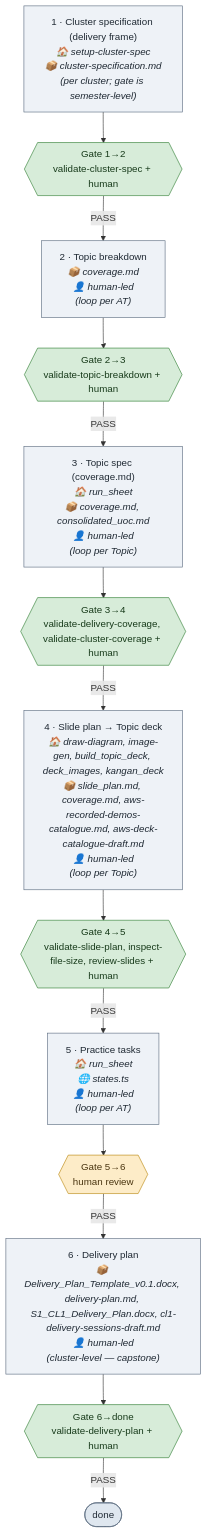
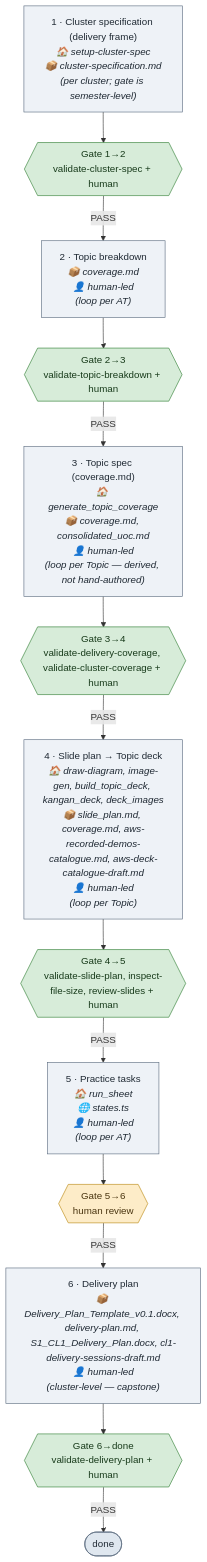
The diagram in docs/process-maps/delivery.md (Digital-Initiatives-Kangan-Institute/diploma-cloud-cyber-umbrella), drawn with Mermaid before and after one commit. The commit also changed other lines of this file and 25 other files, not shown here.

````diff
--- a/docs/process-maps/delivery.md
+++ b/docs/process-maps/delivery.md
@@ -9,33 +9,33 @@
 ```mermaid
 flowchart TD
   S1["1 · Cluster specification (delivery frame)<br/><i>🏠 setup-cluster-spec</i><br/><i>📦 cluster-specification.md</i><br/><i>(per cluster; gate is semester-level)</i>"]:::step
   S2["2 · Topic breakdown<br/><i>📦 coverage.md</i><br/><i>👤 human-led</i><br/><i>(loop per AT)</i>"]:::step
-  S3["3 · Topic spec (coverage.md)<br/><i>🏠 run_sheet</i><br/><i>📦 coverage.md, consolidated_uoc.md</i><br/><i>👤 human-led</i><br/><i>(loop per Topic)</i>"]:::step
-  S4["4 · Slide plan → Topic deck<br/><i>🏠 draw-diagram, image-gen, build_topic_deck, deck_images, kangan_deck</i><br/><i>📦 slide_plan.md, coverage.md, aws-recorded-demos-catalogue.md, aws-deck-catalogue-draft.md</i><br/><i>👤 human-led</i><br/><i>(loop per Topic)</i>"]:::step
+  S3["3 · Topic spec (coverage.md)<br/><i>🏠 generate_topic_coverage</i><br/><i>📦 coverage.md, consolidated_uoc.md</i><br/><i>👤 human-led</i><br/><i>(loop per Topic — derived, not hand-authored)</i>"]:::step
+  S4["4 · Slide plan → Topic deck<br/><i>🏠 draw-diagram, image-gen, build_topic_deck, kangan_deck, deck_images</i><br/><i>📦 slide_plan.md, coverage.md, aws-recorded-demos-catalogue.md, aws-deck-catalogue-draft.md</i><br/><i>👤 human-led</i><br/><i>(loop per Topic)</i>"]:::step
   S5["5 · Practice tasks<br/><i>🏠 run_sheet</i><br/><i>🌐 states.ts</i><br/><i>👤 human-led</i><br/><i>(loop per AT)</i>"]:::step
   S6["6 · Delivery plan<br/><i>📦 Delivery_Plan_Template_v0.1.docx, delivery-plan.md, S1_CL1_Delivery_Plan.docx, cl1-delivery-sessions-draft.md</i><br/><i>👤 human-led</i><br/><i>(cluster-level — capstone)</i>"]:::step
   G1_2{{"Gate 1→2<br/>validate-cluster-spec + human"}}:::built
   G2_3{{"Gate 2→3<br/>validate-topic-breakdown + human"}}:::built
   G3_4{{"Gate 3→4<br/>validate-delivery-coverage, validate-cluster-coverage + human"}}:::built
   G4_5{{"Gate 4→5<br/>validate-slide-plan, inspect-file-size, review-slides + human"}}:::built
   G5_6{{"Gate 5→6<br/>human review"}}:::human
   G6_done{{"Gate 6→done<br/>validate-delivery-plan + human"}}:::built
   DONE(["done"]):::done
   S1 --> G1_2
   G1_2 -->|PASS| S2
   S2 --> G2_3
   G2_3 -->|PASS| S3
   S3 --> G3_4
   G3_4 -->|PASS| S4
   S4 --> G4_5
   G4_5 -->|PASS| S5
   S5 --> G5_6
   G5_6 -->|PASS| S6
   S6 --> G6_done
   G6_done -->|PASS| DONE
   classDef step fill:#eef2f7,stroke:#5b6b7f,color:#1f2933;
   classDef built fill:#d7ecd9,stroke:#2e7d32,color:#173a1a;
   classDef human fill:#fdecc8,stroke:#b8860b,color:#4a3510;
   classDef flag fill:#f6c6c6,stroke:#b71c1c,color:#4a1010;
   classDef done fill:#dfe7ef,stroke:#5b6b7f,color:#1f2933;
 ```
````
